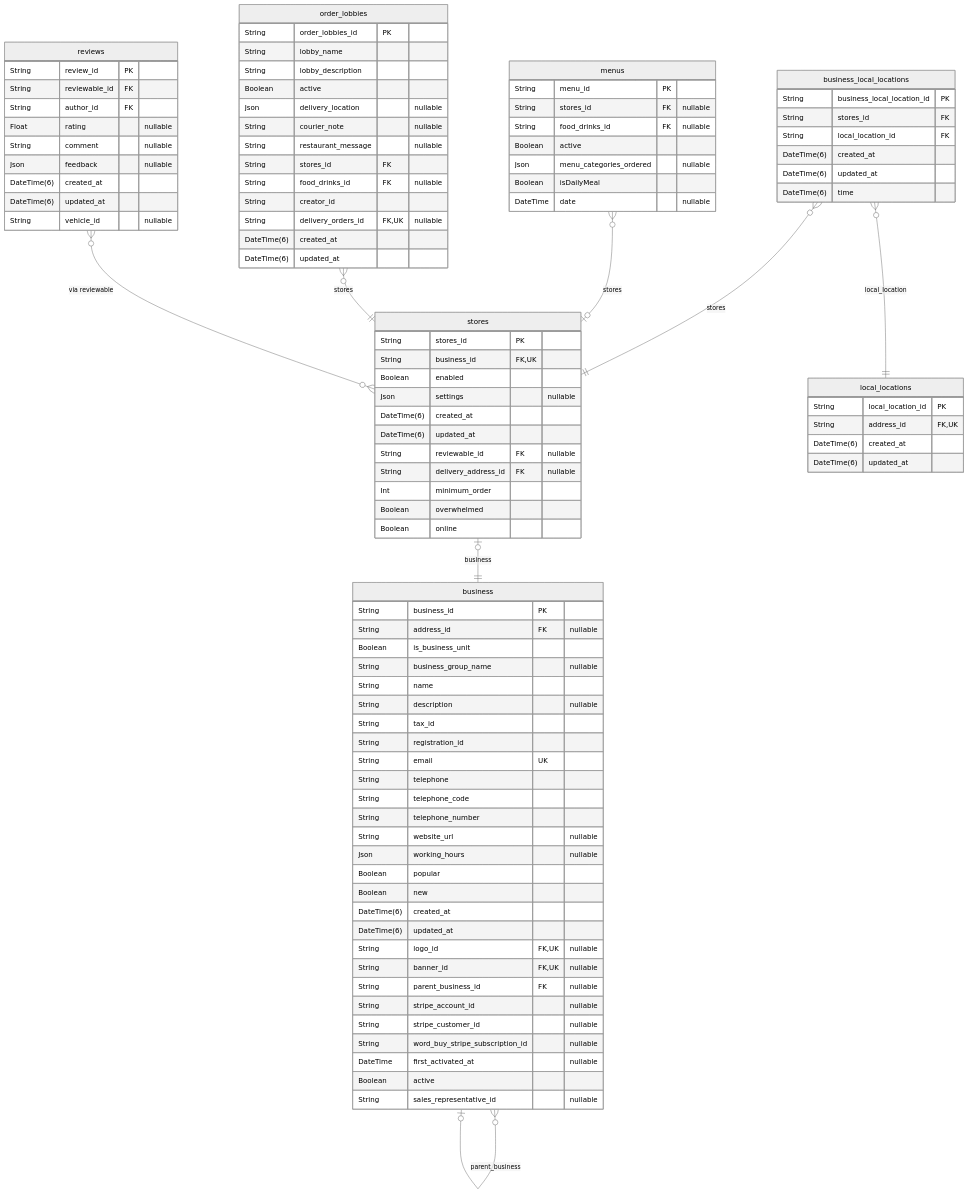
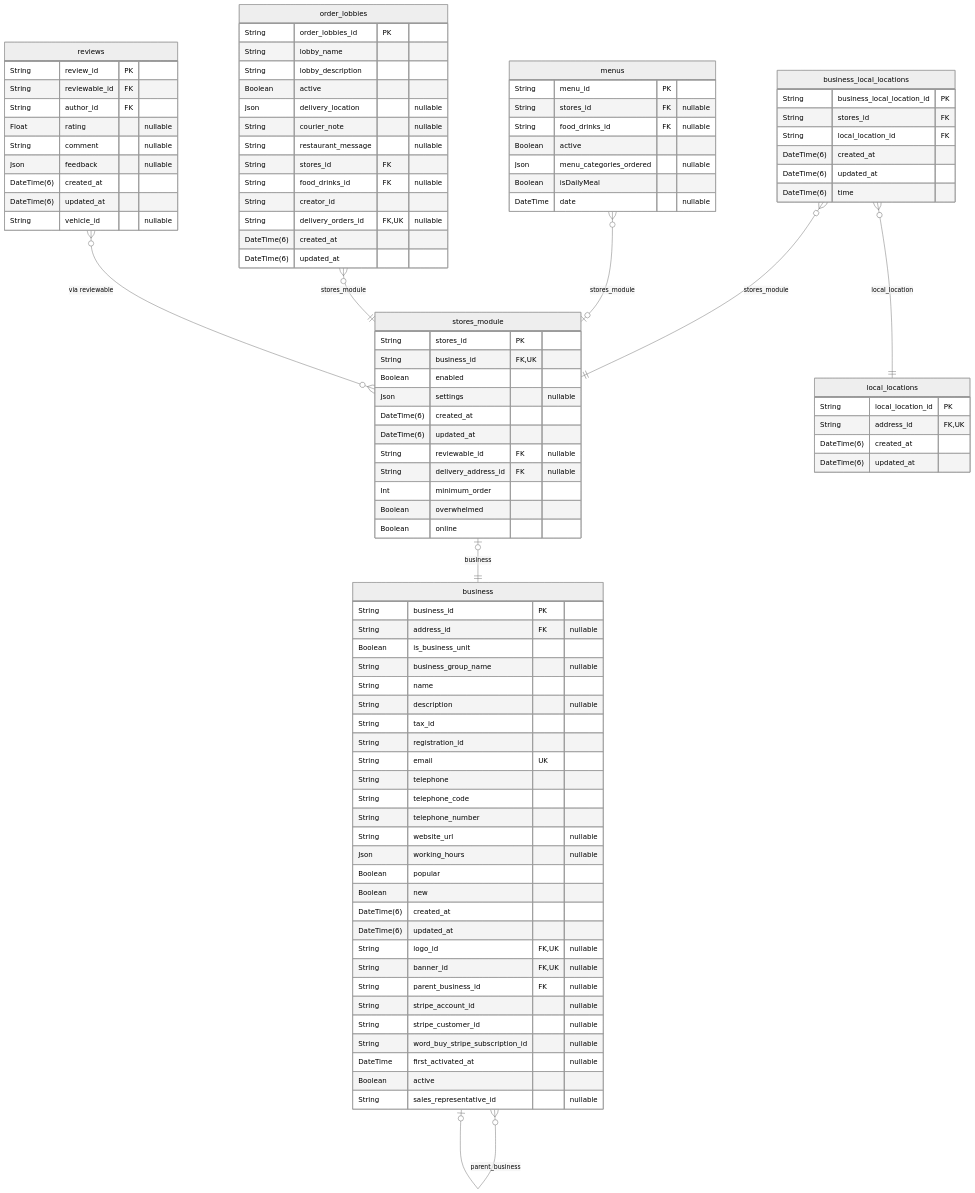
One commit to pbozic/be-analyisis changed diagram 21 of 40 in prisma/schemas/ERD.md. Above: the diagram before and after it, drawn with Mermaid (neutral theme). The commit also changed other lines of this file and 2 other files, not shown here.

Commit message:
fix: renamed stores/food_drinks modules for clarity

````diff
--- a/prisma/schemas/ERD.md
+++ b/prisma/schemas/ERD.md
@@ -3534,6 +3534,6 @@
 ```mermaid
 erDiagram
-"stores" {
+"stores_module" {
   String stores_id PK
   String business_id FK,UK
   Boolean enabled
@@ -3624,11 +3624,11 @@
   DateTime(6) created_at
   DateTime(6) updated_at
 }
-"stores" |o--|| "business" : business
+"stores_module" |o--|| "business" : business
 "business_local_locations" }o--|| "local_locations" : local_location
-"business_local_locations" }o--|| "stores" : stores
+"business_local_locations" }o--|| "stores_module" : stores_module
 "business" }o--o| "business" : parent_business
-"menus" }o--o| "stores" : stores
-"order_lobbies" }o--|| "stores" : stores
-"reviews" }o--o{ "stores" : "via reviewable"
+"menus" }o--o| "stores_module" : stores_module
+"order_lobbies" }o--|| "stores_module" : stores_module
+"reviews" }o--o{ "stores_module" : "via reviewable"
 ```
````
